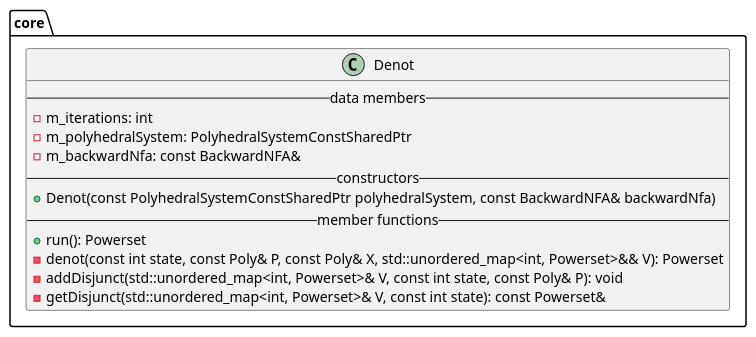
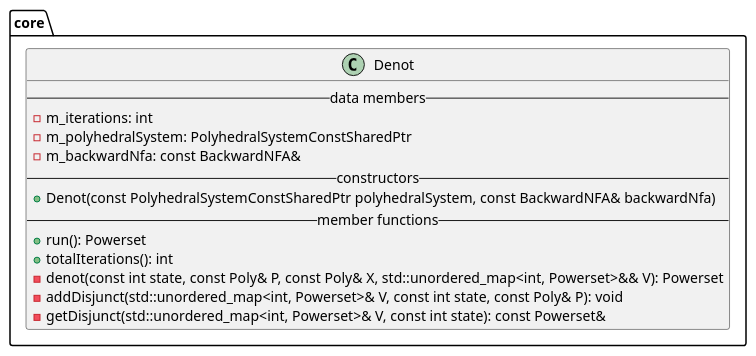
One commit to vtramo/rtl-mc changed the diagram in docs/plantuml/core.puml. Above: the diagram before and after it, drawn with PlantUML. The commit also changed 3 other files, not shown here.

Commit message:
feat: add total iterations method in Denot class

```diff
--- a/docs/plantuml/core.puml
+++ b/docs/plantuml/core.puml
@@ -1,17 +1,18 @@
 @startuml
 package core {
     class Denot {
         --data members--
         -m_iterations: int
         -m_polyhedralSystem: PolyhedralSystemConstSharedPtr
         -m_backwardNfa: const BackwardNFA&
         --constructors--
         +Denot(const PolyhedralSystemConstSharedPtr polyhedralSystem, const BackwardNFA& backwardNfa)
         --member functions--
         +run(): Powerset
+        +totalIterations(): int
         -denot(const int state, const Poly& P, const Poly& X, std::unordered_map<int, Powerset>&& V): Powerset
         -addDisjunct(std::unordered_map<int, Powerset>& V, const int state, const Poly& P): void
         -getDisjunct(std::unordered_map<int, Powerset>& V, const int state): const Powerset&
     }
 }
 @enduml
```
